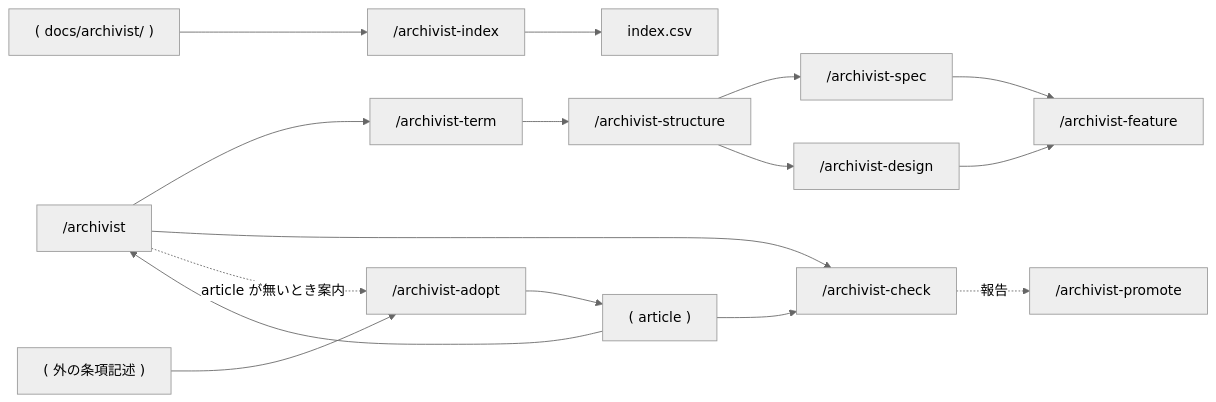
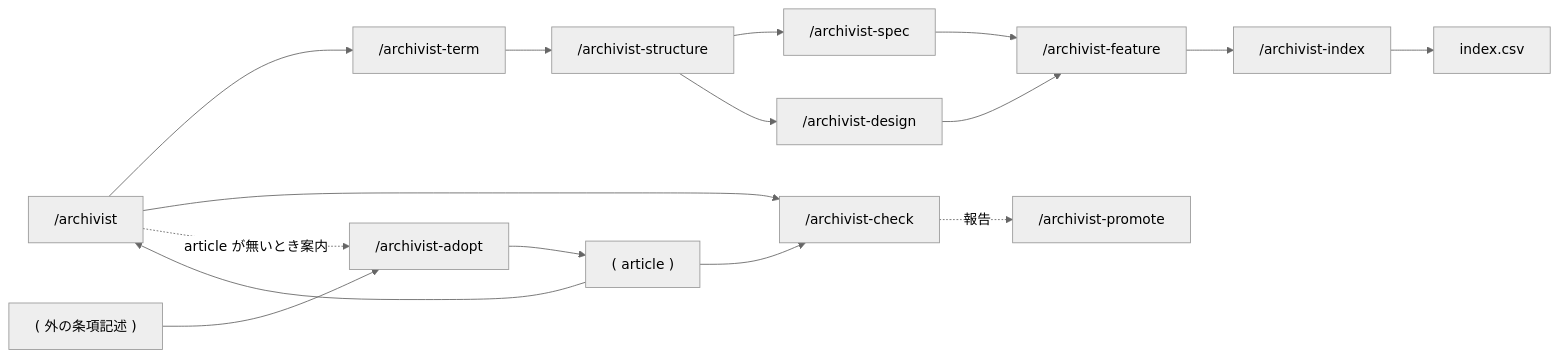
Before and after one commit to gameundwatch/archivist: the first of 2 diagrams in docs/archivist/L3_structures/skill-composition.md, drawn with Mermaid (neutral theme). The commit also changed other lines of this file and 5 other files, not shown here.

First line of the commit message:
change: archivist calls the index when the writing stops

````diff
--- a/docs/archivist/L3_structures/skill-composition.md
+++ b/docs/archivist/L3_structures/skill-composition.md
@@ -7,13 +7,13 @@
 ```mermaid
 flowchart LR
     A["/archivist"]
     A --> T["/archivist-term"] --> S["/archivist-structure"]
     S --> SP["/archivist-spec"] --> F["/archivist-feature"]
     S --> D["/archivist-design"] --> F
     A --> C["/archivist-check"] -.報告.-> P["/archivist-promote"]
-    DOCS["( docs/archivist/ )"] --> IX["/archivist-index"] --> CSV["index.csv"]
+    F --> IX["/archivist-index"] --> CSV["index.csv"]
     DEC["( article )"] --> C
     EXT["( 外の条項記述 )"] --> AD["/archivist-adopt"] --> DEC
     DEC --> A
     A -.article が無いとき案内.-> AD
 ```
````
